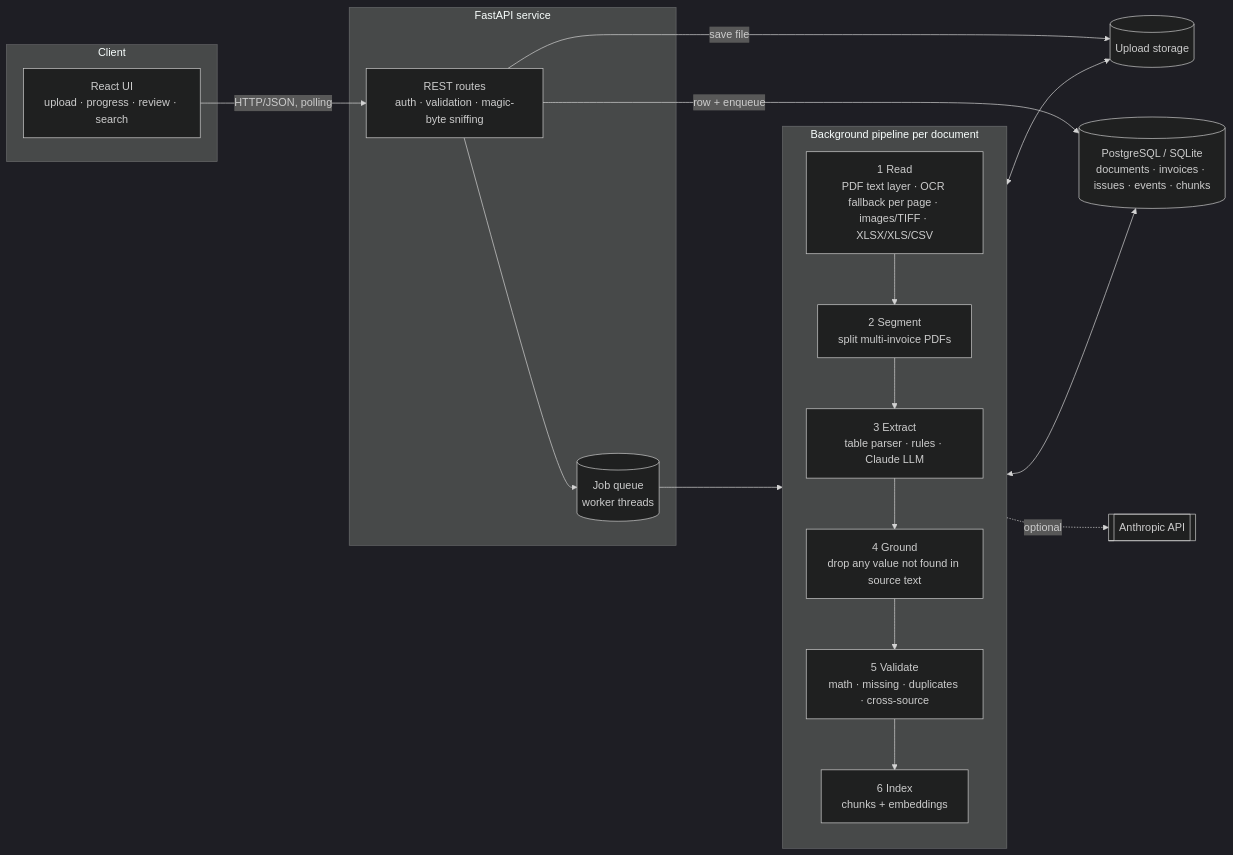
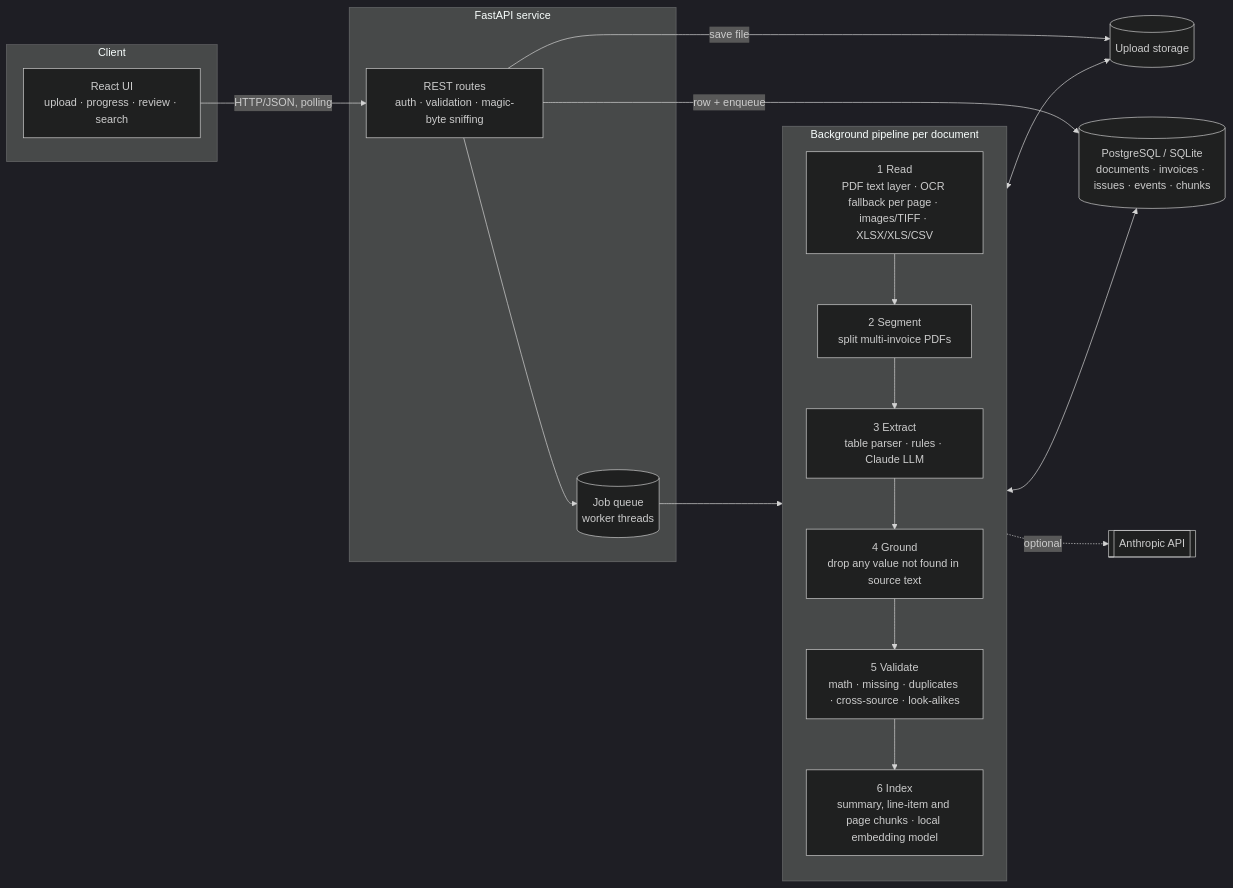
The diagram in docs/architecture.md (shaq-bracu/doc-aiengineer), drawn with Mermaid (dark theme) before and after one commit. The commit also changed other lines of this file and 12 other files, not shown here.

````diff
--- a/docs/architecture.md
+++ b/docs/architecture.md
@@ -3,30 +3,30 @@
 ```mermaid
 flowchart LR
   subgraph Client
     UI[React UI<br/>upload · progress · review · search]
   end
   subgraph API[FastAPI service]
     R[REST routes<br/>auth · validation · magic-byte sniffing]
     Q[(Job queue<br/>worker threads)]
   end
   subgraph Pipeline[Background pipeline per document]
     direction TB
     P1[1 Read<br/>PDF text layer · OCR fallback per page · images/TIFF · XLSX/XLS/CSV]
     P2[2 Segment<br/>split multi-invoice PDFs]
     P3[3 Extract<br/>table parser · rules · Claude LLM]
     P4[4 Ground<br/>drop any value not found in source text]
-    P5[5 Validate<br/>math · missing · duplicates · cross-source]
-    P6[6 Index<br/>chunks + embeddings]
+    P5[5 Validate<br/>math · missing · duplicates · cross-source · look-alikes]
+    P6[6 Index<br/>summary, line-item and page chunks · local embedding model]
     P1-->P2-->P3-->P4-->P5-->P6
   end
   DB[(PostgreSQL / SQLite<br/>documents · invoices · issues · events · chunks)]
   FS[(Upload storage)]
   LLM[[Anthropic API]]
   UI -- HTTP/JSON, polling --> R
   R -- save file --> FS
   R -- row + enqueue --> DB
   R --> Q --> Pipeline
   Pipeline <--> DB
   P1 <--> FS
   P3 -. optional .-> LLM
 ```
````
